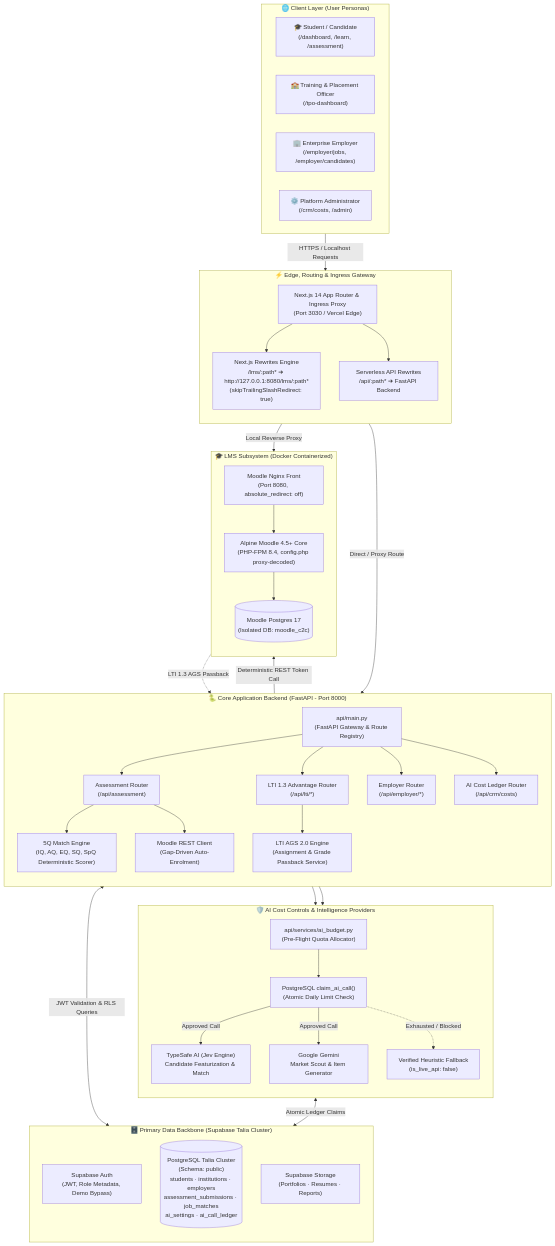
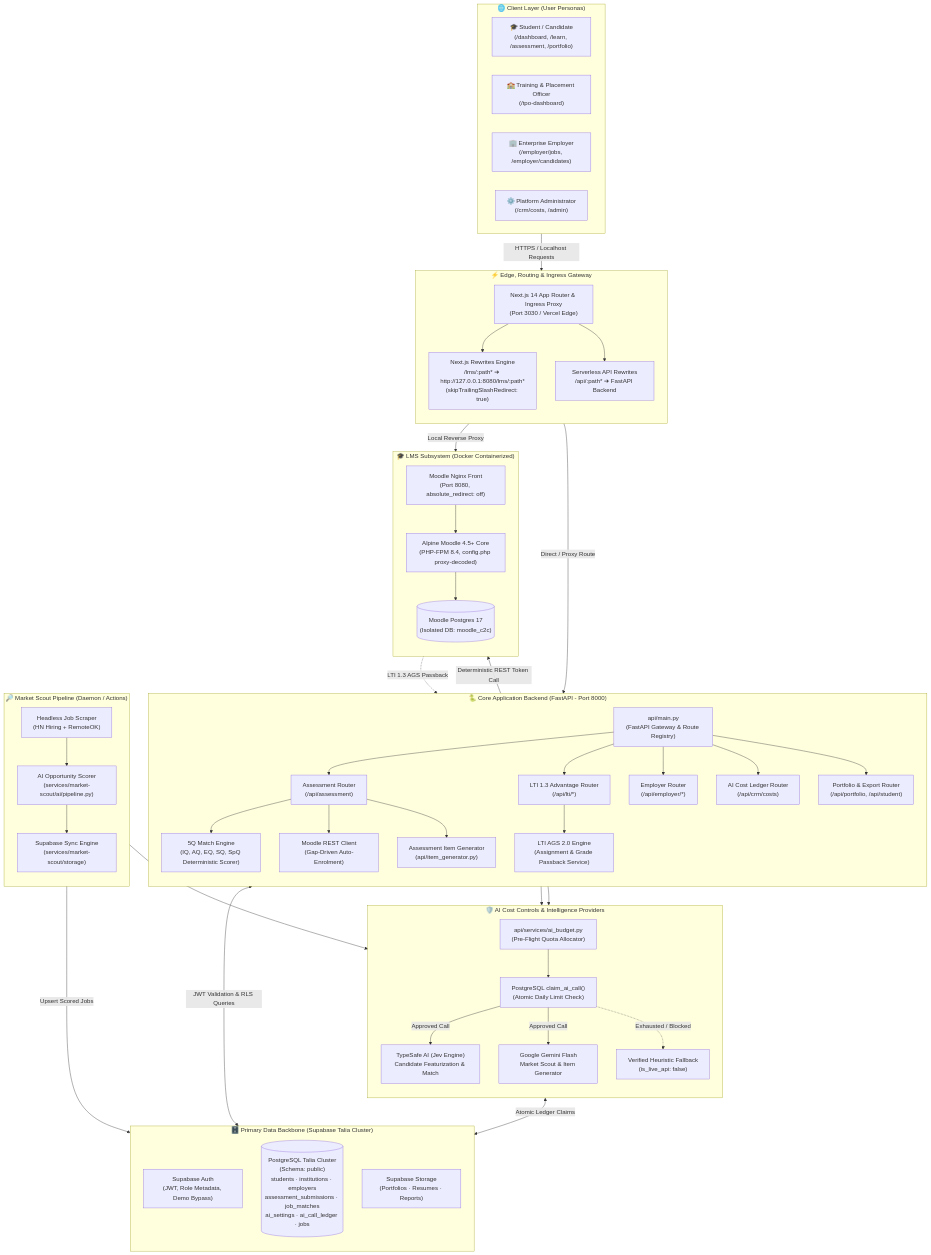
One commit to tnmurthy/c2c changed the first of 5 diagrams in c2c_hld.md. Above: the diagram before and after it, drawn with Mermaid. The commit also changed other lines of this file and 12 other files, not shown here.

Commit message:
docs: add comprehensive HLD, LLD, workflows and wiki architecture

````diff
--- a/c2c_hld.md
+++ b/c2c_hld.md
@@ -23,7 +23,7 @@
     %% ==========================================
     subgraph CLIENT["🌐 Client Layer (User Personas)"]
         direction LR
-        STU["🎓 Student / Candidate\n(/dashboard, /learn, /assessment)"]
+        STU["🎓 Student / Candidate\n(/dashboard, /learn, /assessment, /portfolio)"]
         TPO["🏫 Training & Placement Officer\n(/tpo-dashboard)"]
         EMP["🏢 Enterprise Employer\n(/employer/jobs, /employer/candidates)"]
         ADM["⚙️ Platform Administrator\n(/crm/costs, /admin)"]
@@ -54,19 +54,23 @@
         ROUTER_LTI["LTI 1.3 Advantage Router\n(/api/lti/*)"]
         ROUTER_EMP["Employer Router\n(/api/employer/*)"]
         ROUTER_COST["AI Cost Ledger Router\n(/api/crm/costs)"]
+        ROUTER_PORT["Portfolio & Export Router\n(/api/portfolio, /api/student)"]
 
         API_MAIN --> ROUTER_ASSESS
         API_MAIN --> ROUTER_LTI
         API_MAIN --> ROUTER_EMP
         API_MAIN --> ROUTER_COST
+        API_MAIN --> ROUTER_PORT
 
         ENGINE_5Q["5Q Match Engine\n(IQ, AQ, EQ, SQ, SpQ Deterministic Scorer)"]
         ENGINE_AGS["LTI AGS 2.0 Engine\n(Assignment & Grade Passback Service)"]
         CLIENT_MOODLE["Moodle REST Client\n(Gap-Driven Auto-Enrolment)"]
+        ITEM_GEN["Assessment Item Generator\n(api/item_generator.py)"]
         
         ROUTER_ASSESS --> ENGINE_5Q
         ROUTER_ASSESS --> CLIENT_MOODLE
         ROUTER_LTI --> ENGINE_AGS
+        ROUTER_ASSESS --> ITEM_GEN
     end
 
     REWRITE_API -->|"Direct / Proxy Route"| API_MAIN
@@ -89,6 +93,19 @@
     MOODLE_CORE -.->|"LTI 1.3 AGS Passback"| ROUTER_LTI
 
     %% ==========================================
+    %% MARKET SCOUT SUBSYSTEM
+    %% ==========================================
+    subgraph MARKET_SCOUT["🔎 Market Scout Pipeline (Daemon / Actions)"]
+        direction TB
+        SCOUT_SCRAPER["Headless Job Scraper\n(HN Hiring + RemoteOK)"]
+        SCOUT_PIPE["AI Opportunity Scorer\n(services/market-scout/ai/pipeline.py)"]
+        SCOUT_SYNC["Supabase Sync Engine\n(services/market-scout/storage)"]
+        
+        SCOUT_SCRAPER --> SCOUT_PIPE
+        SCOUT_PIPE --> SCOUT_SYNC
+    end
+
+    %% ==========================================
     %% AI COST CONTROL & EXTERNAL PROVIDERS
     %% ==========================================
     subgraph AI_SUBSYSTEM["🛡️ AI Cost Controls & Intelligence Providers"]
@@ -97,7 +114,7 @@
         LEDGER_GATE["PostgreSQL claim_ai_call()\n(Atomic Daily Limit Check)"]
         
         PROVIDER_TYPESAFE["TypeSafe AI (Jev Engine)\nCandidate Featurization & Match"]
-        PROVIDER_GEMINI["Google Gemini\nMarket Scout & Item Generator"]
+        PROVIDER_GEMINI["Google Gemini Flash\nMarket Scout & Item Generator"]
 
         BUDGET_SVC --> LEDGER_GATE
         LEDGER_GATE -->|"Approved Call"| PROVIDER_TYPESAFE
@@ -107,6 +124,7 @@
 
     ROUTER_ASSESS --> BUDGET_SVC
     ROUTER_EMP --> BUDGET_SVC
+    SCOUT_PIPE --> BUDGET_SVC
 
     %% ==========================================
     %% PERSISTENCE & DATA BACKBONE
@@ -114,10 +132,11 @@
     subgraph PERSISTENCE["🗄️ Primary Data Backbone (Supabase Talia Cluster)"]
         direction TB
         SUPA_AUTH["Supabase Auth\n(JWT, Role Metadata, Demo Bypass)"]
-        SUPA_DB[("PostgreSQL Talia Cluster\n(Schema: public)\nstudents · institutions · employers\nassessment_submissions · job_matches\nai_settings · ai_call_ledger")]
+        SUPA_DB[("PostgreSQL Talia Cluster\n(Schema: public)\nstudents · institutions · employers\nassessment_submissions · job_matches\nai_settings · ai_call_ledger · jobs")]
         SUPA_STORE["Supabase Storage\n(Portfolios · Resumes · Reports)"]
     end
 
     API_MAIN <-->|"JWT Validation & RLS Queries"| PERSISTENCE
     LEDGER_GATE <-->|"Atomic Ledger Claims"| SUPA_DB
+    SCOUT_SYNC -->|"Upsert Scored Jobs"| SUPA_DB
 ```
````
